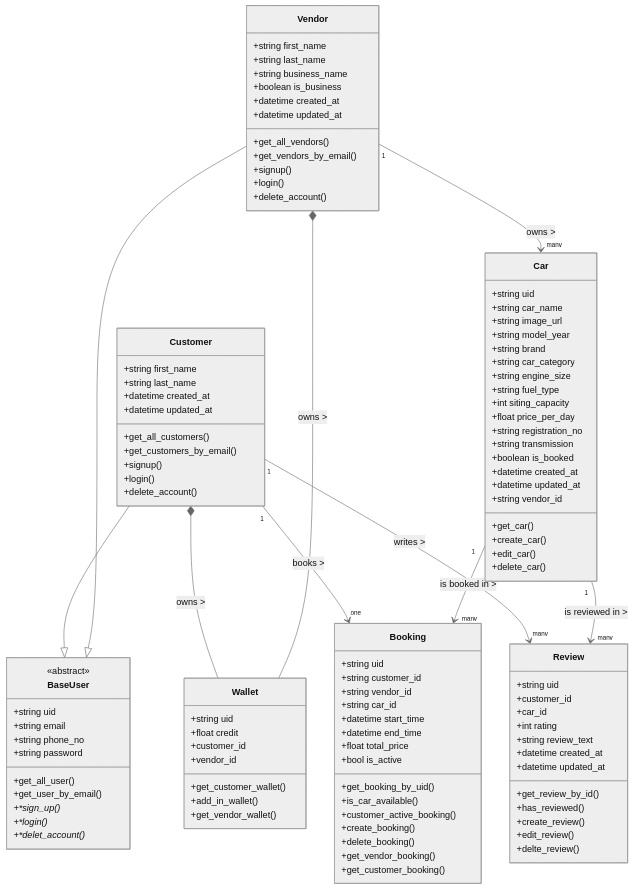
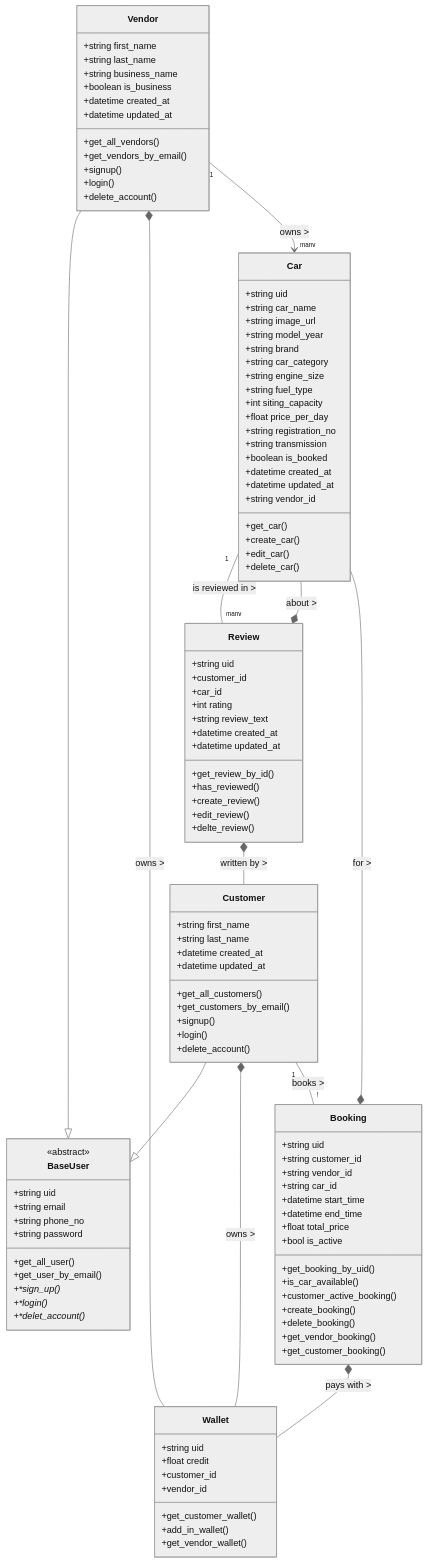
One commit to cyxabima/Carento-Server-API changed the diagram in README.md. Above: the diagram before and after it, drawn with Mermaid (neutral theme).

Commit message:
clss digram updated

````diff
--- a/README.md
+++ b/README.md
@@ -214,10 +214,16 @@
         +edit_review()
         +delte_review()
     }
-
-    %% Inheritance
+ %% Inheritance
     Customer --|> BaseUser
     Vendor --|> BaseUser
+
+    %% Composition (strong lifecycle dependency)
+    Booking *-- Car : for >
+    Booking *-- Wallet : pays with >
+
+    Review *-- Car : about >
+    Review *-- Customer : written by >
 
     %% Aggregation / Composition
     Customer *-- Wallet : owns >
@@ -225,8 +231,7 @@
 
     %% Associations
     Vendor "1" --> "many" Car : owns >
-    Customer "1" --> "one" Booking : books >
-    Customer "1" --> "many" Review : writes >
-    Car "1" --> "many" Booking : is booked in >
-    Car "1" --> "many" Review : is reviewed in >
+    Customer "1" -- "!" Booking : books >
+    
+    Car "1" -- "many" Review : is reviewed in >
 ```
````
